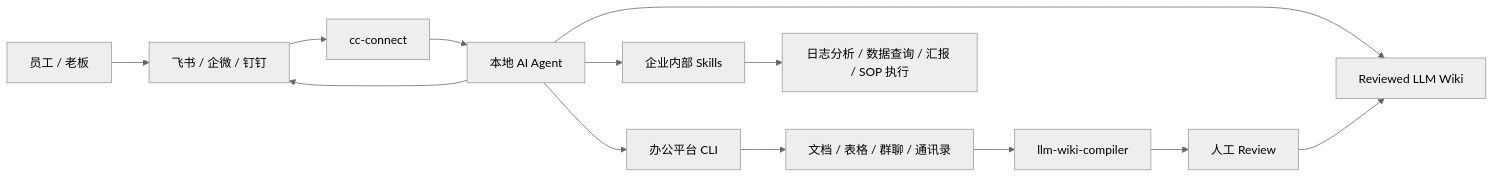
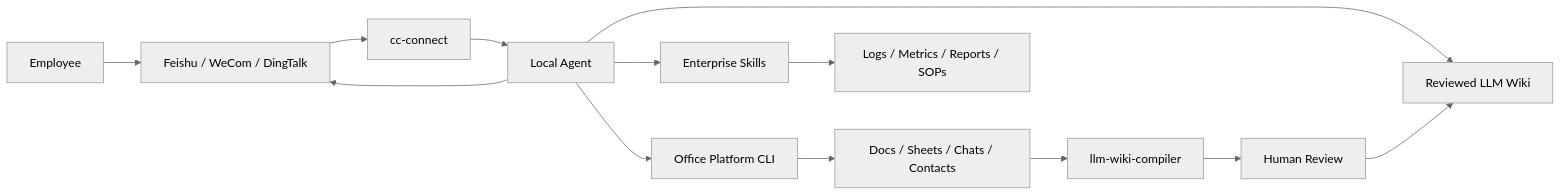
One commit to eddiearc/fde-kit changed the diagram in README.md. Above: the diagram before and after it, drawn with Mermaid (neutral theme). The commit also changed other lines of this file, not shown here.

````diff
--- a/README.md
+++ b/README.md
@@ -34,15 +9,15 @@
 ```mermaid
 flowchart LR
-  Employee[员工 / 老板] --> Chat[飞书 / 企微 / 钉钉]
-  Chat --> CC[cc-connect]
-  CC --> Agent[本地 AI Agent]
-  Agent --> CLI[办公平台 CLI]
+  User[Employee] --> Chat[Feishu / WeCom / DingTalk]
+  Chat --> Bridge[cc-connect]
+  Bridge --> Agent[Local Agent]
+  Agent --> Platform[Office Platform CLI]
   Agent --> Wiki[Reviewed LLM Wiki]
-  Agent --> Skills[企业内部 Skills]
-  CLI --> Docs[文档 / 表格 / 群聊 / 通讯录]
-  Docs --> Compiler[llm-wiki-compiler]
-  Compiler --> Review[人工 Review]
+  Agent --> Skills[Enterprise Skills]
+  Platform --> Data[Docs / Sheets / Chats / Contacts]
+  Data --> Compiler[llm-wiki-compiler]
+  Compiler --> Review[Human Review]
   Review --> Wiki
-  Skills --> Workflows[日志分析 / 数据查询 / 汇报 / SOP 执行]
+  Skills --> Workflow[Logs / Metrics / Reports / SOPs]
   Agent --> Chat
 ```
````
